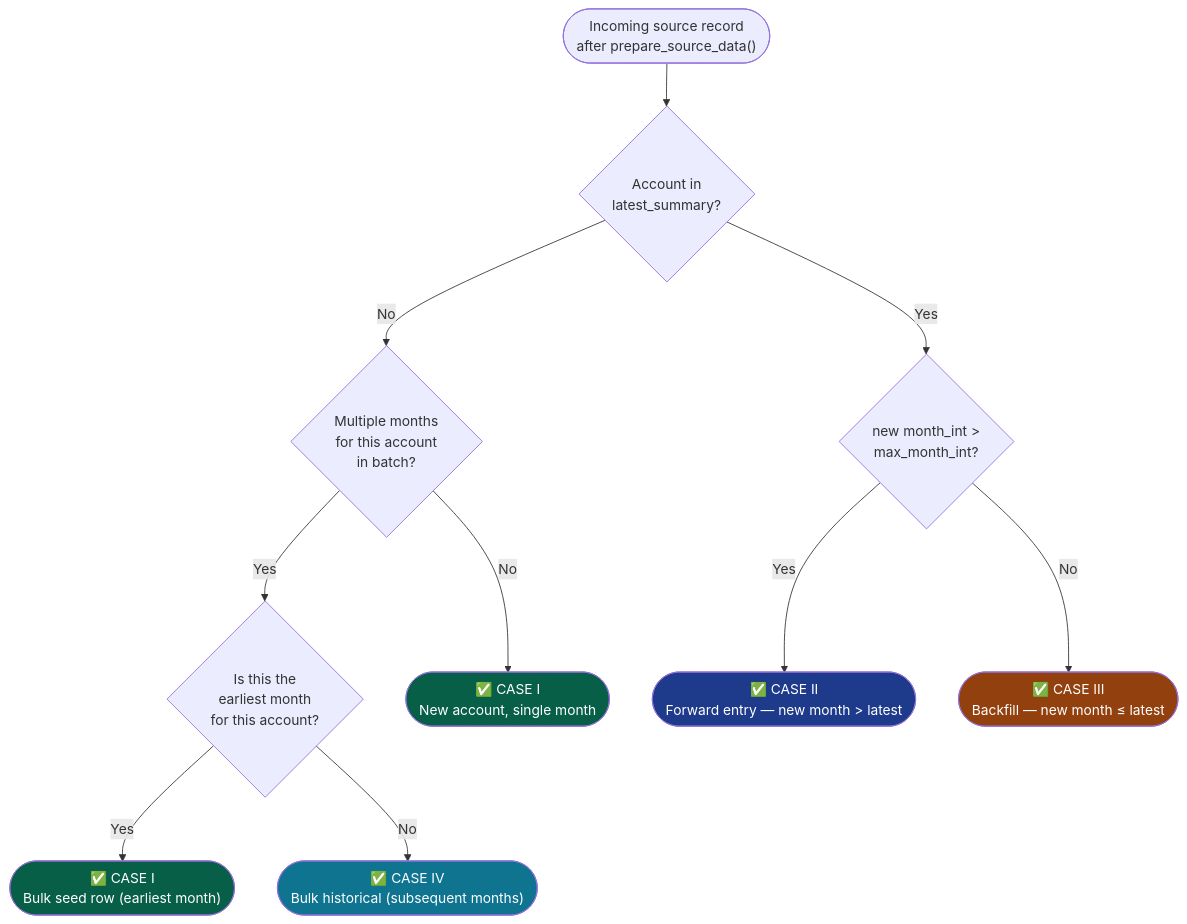
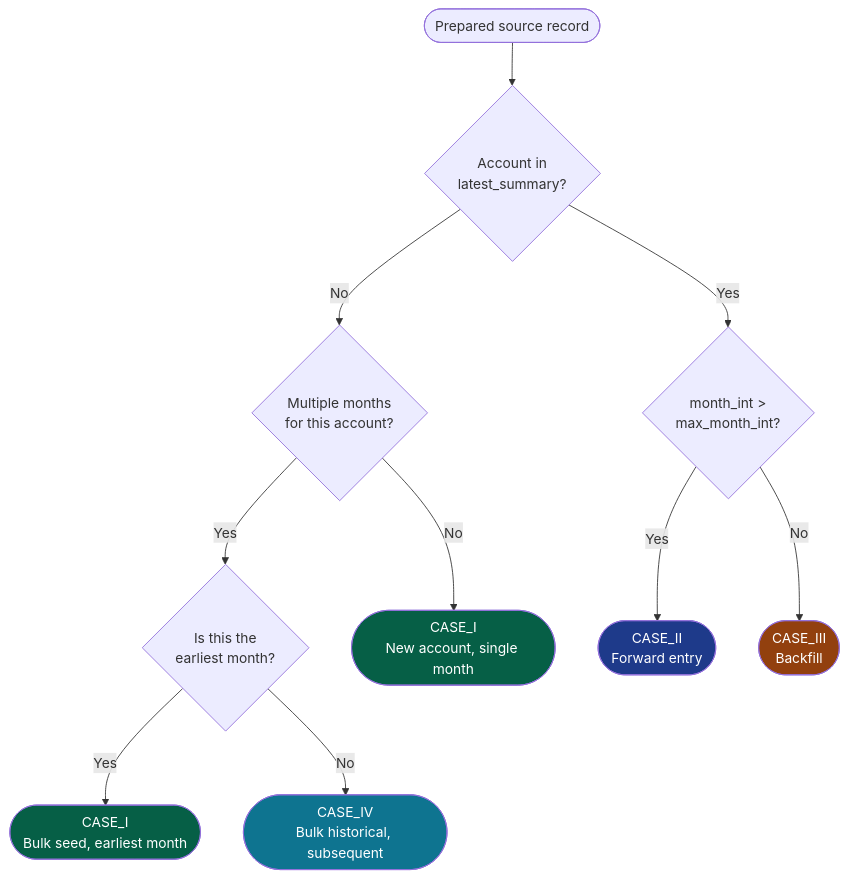
Before and after one commit to Bibinbennyhex/DataDominion: the fourth of 5 diagrams in main/production_docs/DESIGN_DOCUMENT.md, drawn with Mermaid. The commit also changed other lines of this file and 4 other files, not shown here.

````diff
--- a/main/production_docs/DESIGN_DOCUMENT.md
+++ b/main/production_docs/DESIGN_DOCUMENT.md
@@ -279,31 +348,31 @@
 ```mermaid
-%%{init: {"flowchart": {"useMaxWidth": true, "wrappingWidth": 600}} }%%
+%%{init: {"flowchart": {"useMaxWidth": true}} }%%
 graph TD
-    START(["Incoming source record<br/>after prepare_source_data()"])
+    START(["Prepared source record"])
     Q1{"Account in<br/>latest_summary?"}
-    Q2{"Multiple months<br/>for this account<br/>in batch?"}
-    Q3{"Is this the<br/>earliest month<br/>for this account?"}
-    Q4{"new month_int ><br/>max_month_int?"}
+    Q2{"Multiple months<br/>for this account?"}
+    Q3{"Is this the<br/>earliest month?"}
+    Q4{"month_int ><br/>max_month_int?"}
 
-    R1(["✅ CASE I<br/>New account, single month"])
-    R2(["✅ CASE I<br/>Bulk seed row (earliest month)"])
-    R3(["✅ CASE IV<br/>Bulk historical (subsequent months)"])
-    R4(["✅ CASE II<br/>Forward entry — new month > latest"])
-    R5(["✅ CASE III<br/>Backfill — new month ≤ latest"])
+    R1(["CASE_I<br/>New account, single month"])
+    R2(["CASE_I<br/>Bulk seed, earliest month"])
+    R3(["CASE_IV<br/>Bulk historical, subsequent"])
+    R4(["CASE_II<br/>Forward entry"])
+    R5(["CASE_III<br/>Backfill"])
 
     START --> Q1
     Q1 -- No --> Q2
     Q1 -- Yes --> Q4
     Q2 -- No --> R1
     Q2 -- Yes --> Q3
     Q3 -- Yes --> R2
     Q3 -- No --> R3
     Q4 -- Yes --> R4
     Q4 -- No --> R5
 
     style R1 fill:#065f46,color:#fff
     style R2 fill:#065f46,color:#fff
     style R3 fill:#0e7490,color:#fff
     style R4 fill:#1e3a8a,color:#fff
     style R5 fill:#92400e,color:#fff
 ```
````
